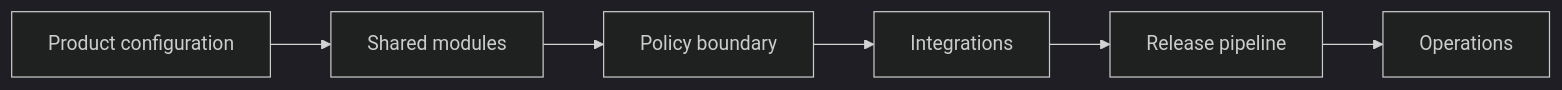
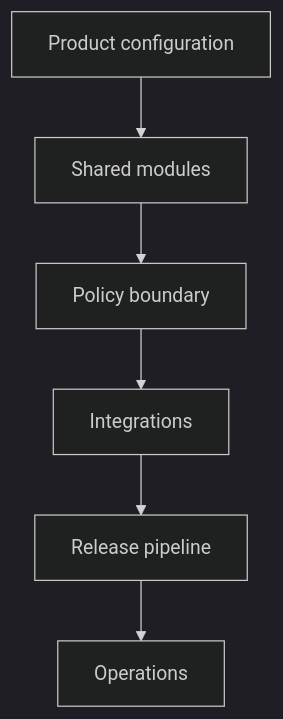
One commit to J0UH/ryze-furnace-system changed the diagram in README.md. Above: the diagram before and after it, drawn with Mermaid (dark theme).

Commit message:
docs: build visual project portfolio

````diff
--- a/README.md
+++ b/README.md
@@ -25,14 +25,14 @@
 ```mermaid
-flowchart LR
+flowchart TD
     n0["Product configuration"]
     n1["Shared modules"]
     n2["Policy boundary"]
     n3["Integrations"]
     n4["Release pipeline"]
     n5["Operations"]
     n0 --> n1
     n1 --> n2
     n2 --> n3
     n3 --> n4
     n4 --> n5
 ```
````
